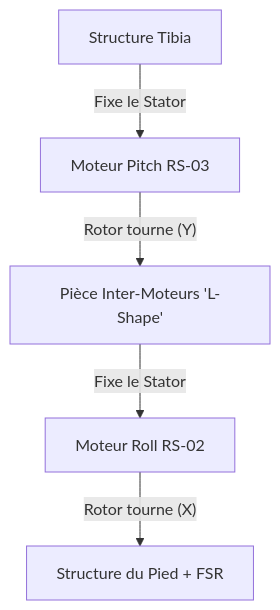
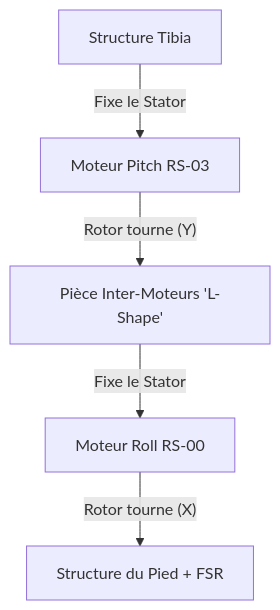
The diagram in 03_Montage_Mecanique.md (d-sergent/dbot-documentation), drawn with Mermaid before and after one commit. The commit also changed other lines of this file and 6 other files, not shown here.

````diff
--- a/03_Montage_Mecanique.md
+++ b/03_Montage_Mecanique.md
@@ -114,7 +114,7 @@
 ```mermaid
 graph TD
     Tibia["Structure Tibia"] -->|Fixe le Stator| Pitch["Moteur Pitch RS-03"]
     Pitch -->|"Rotor tourne (Y)"| Bracket["Pièce Inter-Moteurs 'L-Shape'"]
-    Bracket -->|Fixe le Stator| Roll["Moteur Roll RS-02"]
+    Bracket -->|Fixe le Stator| Roll["Moteur Roll RS-00"]
     Roll -->|"Rotor tourne (X)"| Pied["Structure du Pied + FSR"]
 ```
````
